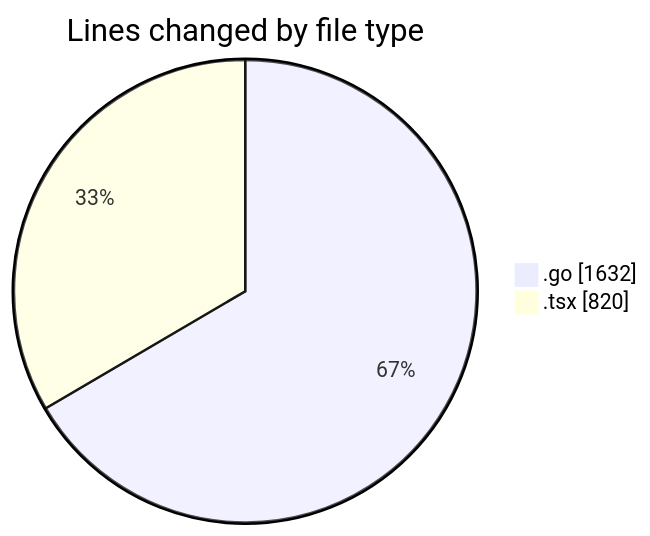
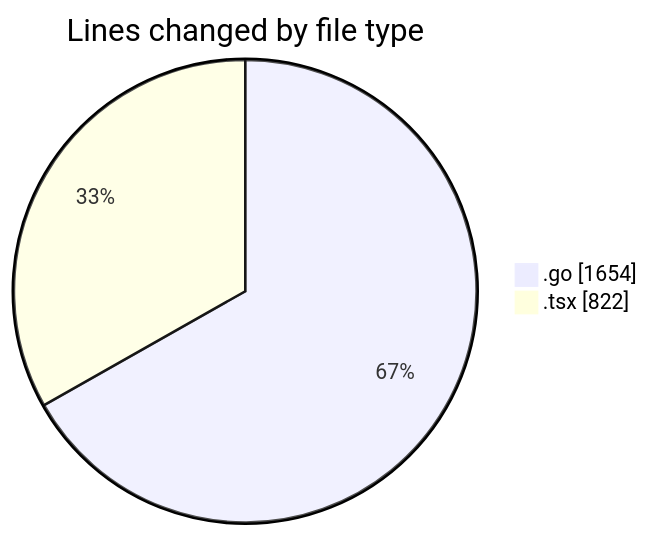
One commit to robertbonfada/code-tracking changed the first of 2 diagrams in 2025-03-10/termonied_testador/README.md. Above: the diagram before and after it, drawn with Mermaid. The commit also changed other lines of this file and 1 other file, not shown here.

````diff
--- a/2025-03-10/termonied_testador/README.md
+++ b/2025-03-10/termonied_testador/README.md
@@ -28,6 +28,6 @@
 ```mermaid
 pie showData
 title Lines changed by file type
-".go" : 1632
-".tsx" : 820
+".go" : 1654
+".tsx" : 822
 ```
````
